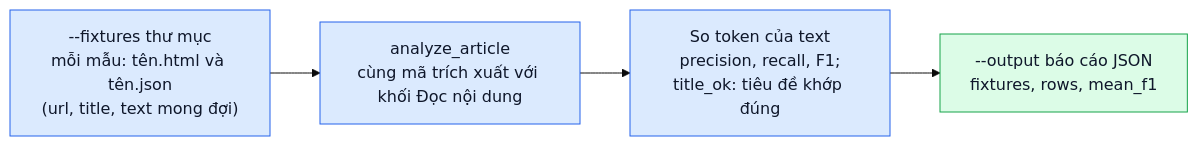
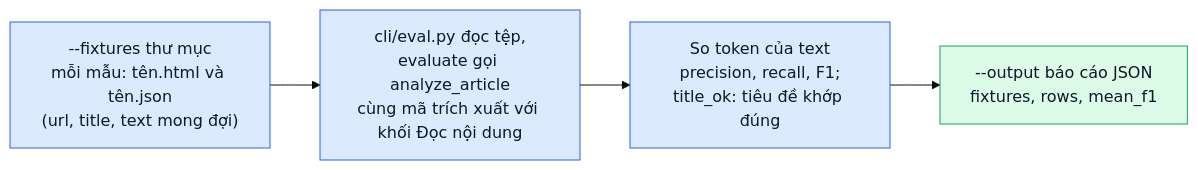
One commit to doanan293/WebCorpusPipeline changed the third of 3 diagrams in data_pipeline/docs/architecture.md. Above: the diagram before and after it, drawn with Mermaid (base theme). The commit also changed other lines of this file and 5 other files, not shown here.

First line of the commit message:
docs(architecture): each block says what, why, how and with what; domain reads no files

````diff
--- a/data_pipeline/docs/architecture.md
+++ b/data_pipeline/docs/architecture.md
@@ -162,13 +249,13 @@
 ```mermaid
 flowchart LR
     FIX["--fixtures thư mục<br/>mỗi mẫu: tên.html và tên.json<br/>(url, title, text mong đợi)"]
-    RUN["analyze_article<br/>cùng mã trích xuất với khối Đọc nội dung"]
+    RUN["cli/eval.py đọc tệp,<br/>evaluate gọi analyze_article<br/>cùng mã trích xuất với khối Đọc nội dung"]
     SCORE["So token của text<br/>precision, recall, F1;<br/>title_ok: tiêu đề khớp đúng"]
     OUT["--output báo cáo JSON<br/>fixtures, rows, mean_f1"]
     FIX --> RUN --> SCORE --> OUT
 
     classDef step fill:#dbeafe,stroke:#2563eb,color:#0f172a;
     classDef out fill:#dcfce7,stroke:#16a34a,color:#0f172a;
     class FIX,RUN,SCORE step;
     class OUT out;
 ```
````
